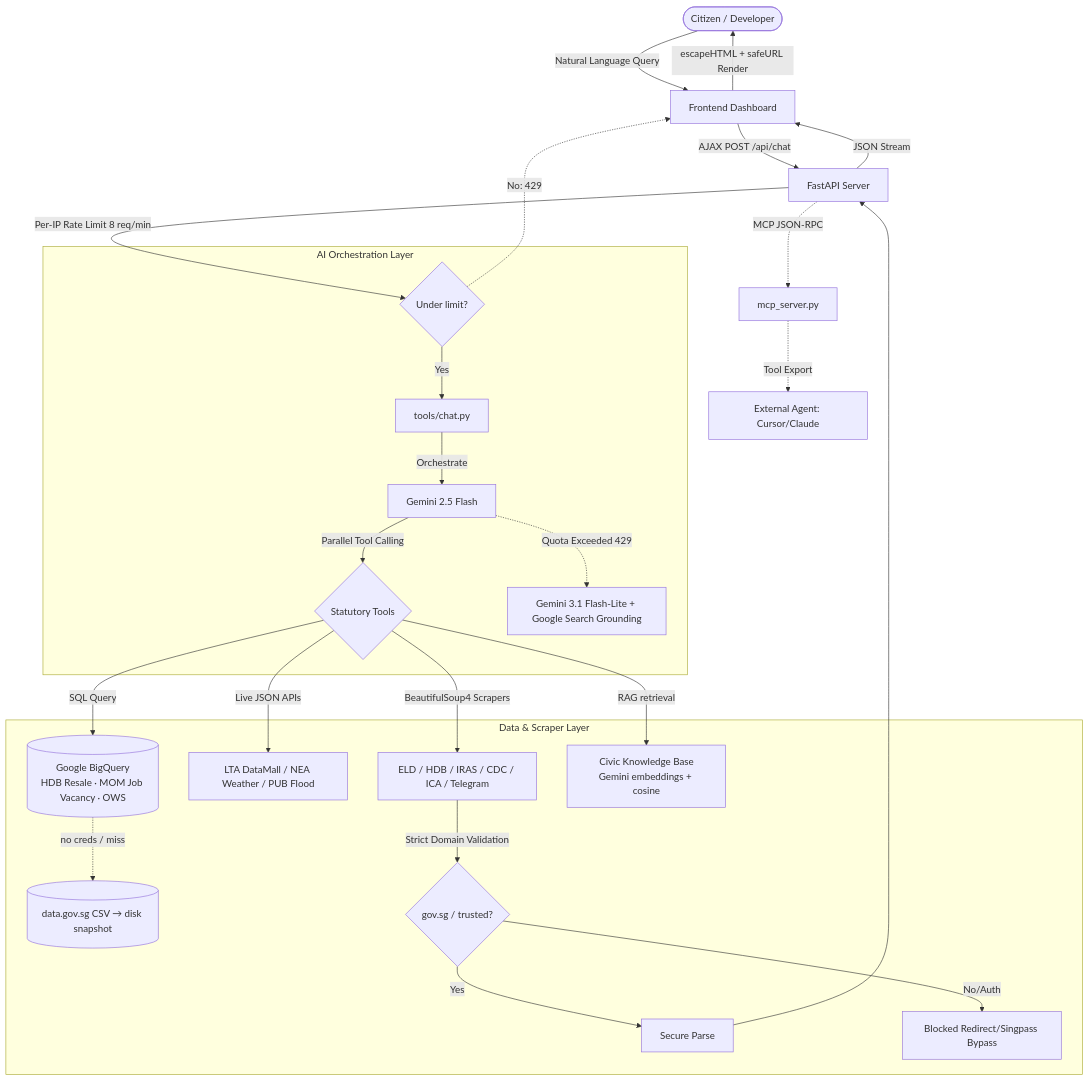
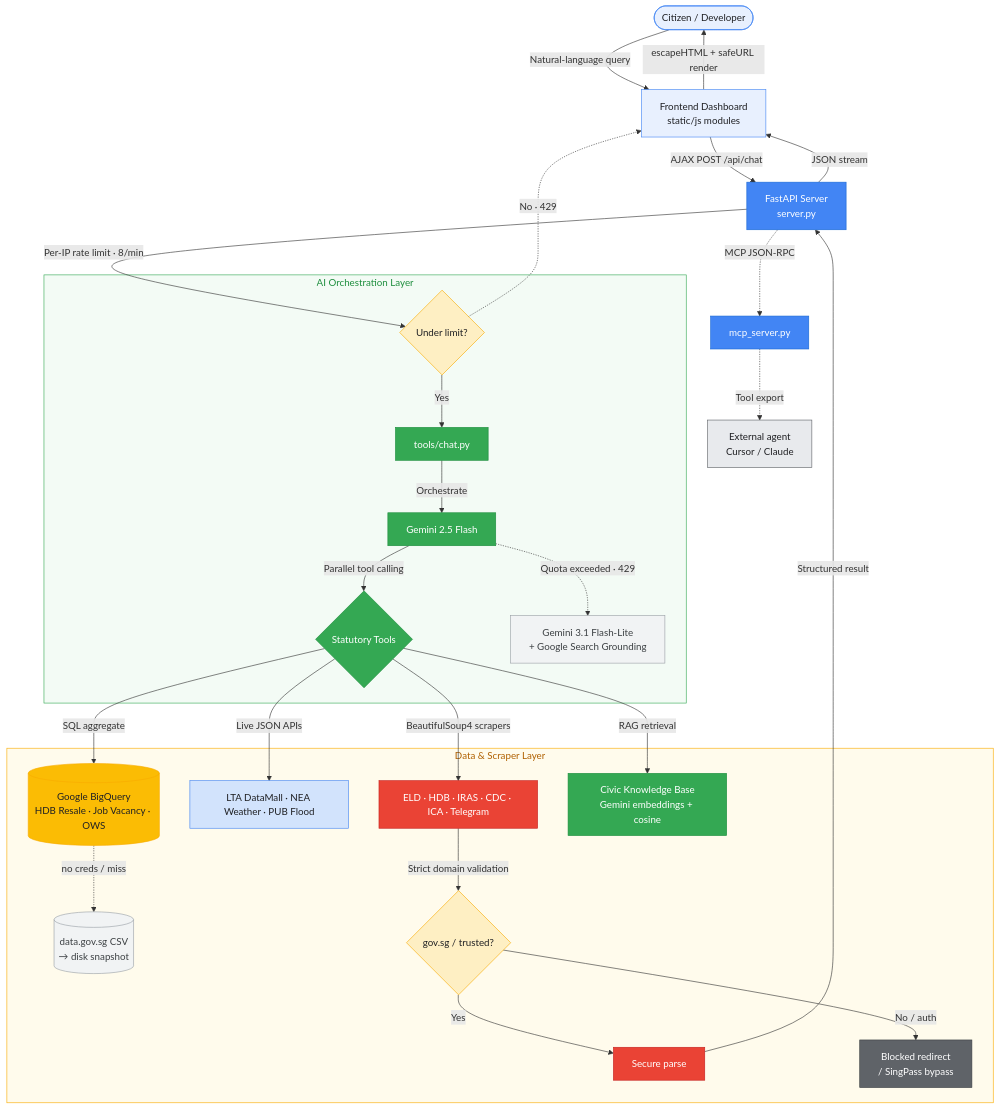
Before and after one commit to leshweyeewin/merlion-os: the diagram in README.md, drawn with Mermaid.

Commit message:
docs: update architecture diagram with styling and detailed labels for system components

````diff
--- a/README.md
+++ b/README.md
@@ -32,31 +32,45 @@
 ```mermaid
 graph TD
-    User([Citizen / Developer]) -->|Natural Language Query| UI[Frontend Dashboard]
-    UI -->|AJAX POST /api/chat| Server[FastAPI Server]
-    Server -->|Per-IP Rate Limit 8 req/min| RateLimit{Under limit?}
-    RateLimit -.->|No: 429| UI
+    User([Citizen / Developer]):::client -->|Natural-language query| UI[Frontend Dashboard<br/>static/js modules]:::client
+    UI -->|AJAX POST /api/chat| Server[FastAPI Server<br/>server.py]:::server
+    Server -->|Per-IP rate limit · 8/min| RateLimit{Under limit?}:::gate
+    RateLimit -.->|No · 429| UI
 
-    subgraph AI Orchestration Layer
-        RateLimit -->|Yes| Chat[tools/chat.py]
-        Chat -->|Orchestrate| Gemini[Gemini 2.5 Flash]
-        Gemini -->|Parallel Tool Calling| Tools{Statutory Tools}
-        Gemini -.->|Quota Exceeded 429| Fallback[Gemini 3.1 Flash-Lite + Google Search Grounding]
+    subgraph AI["AI Orchestration Layer"]
+        RateLimit -->|Yes| Chat[tools/chat.py]:::ai
+        Chat -->|Orchestrate| Gemini[Gemini 2.5 Flash]:::ai
+        Gemini -->|Parallel tool calling| Tools{Statutory Tools}:::ai
+        Gemini -.->|Quota exceeded · 429| Fallback[Gemini 3.1 Flash-Lite<br/>+ Google Search Grounding]:::fallback
     end
 
-    subgraph Data & Scraper Layer
-        Tools -->|SQL Query| BQ[(Google BigQuery<br/>HDB Resale · MOM Job Vacancy · OWS)]
-        BQ -.->|no creds / miss| GOV[(data.gov.sg CSV → disk snapshot)]
-        Tools -->|Live JSON APIs| APIS[LTA DataMall / NEA Weather / PUB Flood]
-        Tools -->|BeautifulSoup4 Scrapers| Scrapers[ELD / HDB / IRAS / CDC / ICA / Telegram]
-        Tools -->|RAG retrieval| KB[Civic Knowledge Base<br/>Gemini embeddings + cosine]
-        Scrapers -->|Strict Domain Validation| Validate{gov.sg / trusted?}
-        Validate -->|Yes| Fetch[Secure Parse]
-        Validate -->|No/Auth| Block[Blocked Redirect/Singpass Bypass]
+    subgraph DATA["Data &amp; Scraper Layer"]
+        Tools -->|SQL aggregate| BQ[(Google BigQuery<br/>HDB Resale · Job Vacancy · OWS)]:::data
+        BQ -.->|no creds / miss| GOV[(data.gov.sg CSV<br/>→ disk snapshot)]:::fallback
+        Tools -->|Live JSON APIs| APIS[LTA DataMall · NEA Weather · PUB Flood]:::api
+        Tools -->|BeautifulSoup4 scrapers| Scrapers[ELD · HDB · IRAS · CDC · ICA · Telegram]:::scraper
+        Tools -->|RAG retrieval| KB[Civic Knowledge Base<br/>Gemini embeddings + cosine]:::ai
+        Scrapers -->|Strict domain validation| Validate{gov.sg / trusted?}:::gate
+        Validate -->|Yes| Fetch[Secure parse]:::scraper
+        Validate -->|No / auth| Block[Blocked redirect<br/>/ SingPass bypass]:::security
     end
 
-    Fetch --> Server
-    Server -->|JSON Stream| UI
-    UI -->|escapeHTML + safeURL Render| User
-    Server -.->|MCP JSON-RPC| FastMCP[mcp_server.py]
-    FastMCP -.->|Tool Export| Cursor[External Agent: Cursor/Claude]
+    Fetch -->|Structured result| Server
+    Server -->|JSON stream| UI
+    UI -->|escapeHTML + safeURL render| User
+    Server -.->|MCP JSON-RPC| FastMCP[mcp_server.py]:::server
+    FastMCP -.->|Tool export| Cursor[External agent<br/>Cursor / Claude]:::external
+
+    classDef client fill:#E8F0FE,stroke:#4285F4,stroke-width:1px,color:#202124;
+    classDef server fill:#4285F4,stroke:#1967D2,stroke-width:1px,color:#ffffff;
+    classDef ai fill:#34A853,stroke:#1E8E3E,stroke-width:1px,color:#ffffff;
+    classDef data fill:#FBBC04,stroke:#F9AB00,stroke-width:1px,color:#202124;
+    classDef api fill:#D2E3FC,stroke:#4285F4,stroke-width:1px,color:#202124;
+    classDef scraper fill:#EA4335,stroke:#C5221F,stroke-width:1px,color:#ffffff;
+    classDef security fill:#5F6368,stroke:#3C4043,stroke-width:1px,color:#ffffff;
+    classDef gate fill:#FEEFC3,stroke:#F9AB00,stroke-width:1px,color:#202124;
+    classDef fallback fill:#F1F3F4,stroke:#9AA0A6,stroke-width:1px,color:#3C4043;
+    classDef external fill:#E8EAED,stroke:#5F6368,stroke-width:1px,color:#202124;
+
+    style AI fill:#F3FBF5,stroke:#34A853,stroke-width:1px,color:#1E8E3E;
+    style DATA fill:#FFFBEC,stroke:#F9AB00,stroke-width:1px,color:#B06000;
 ```
````
